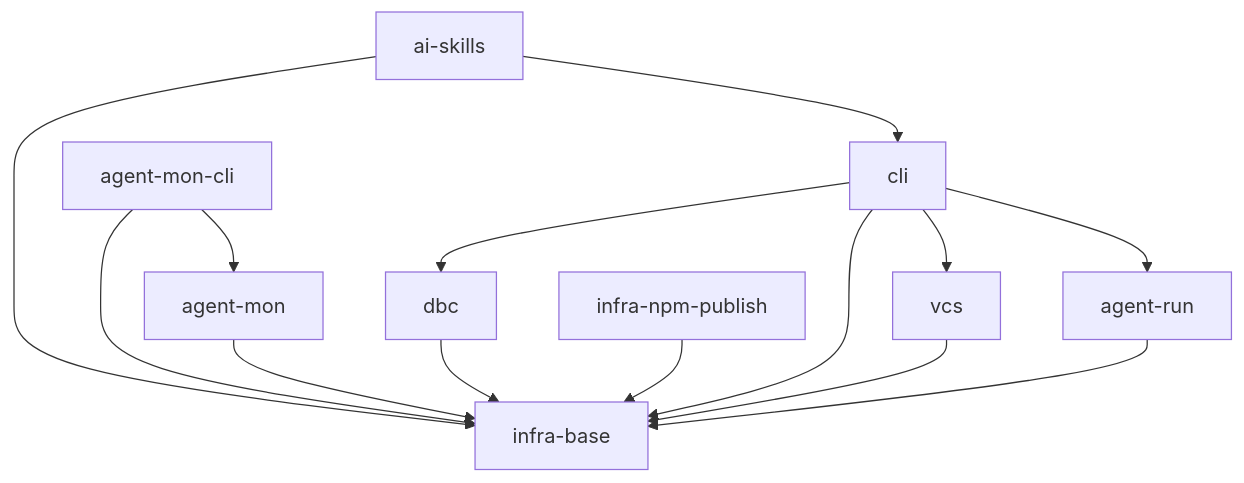
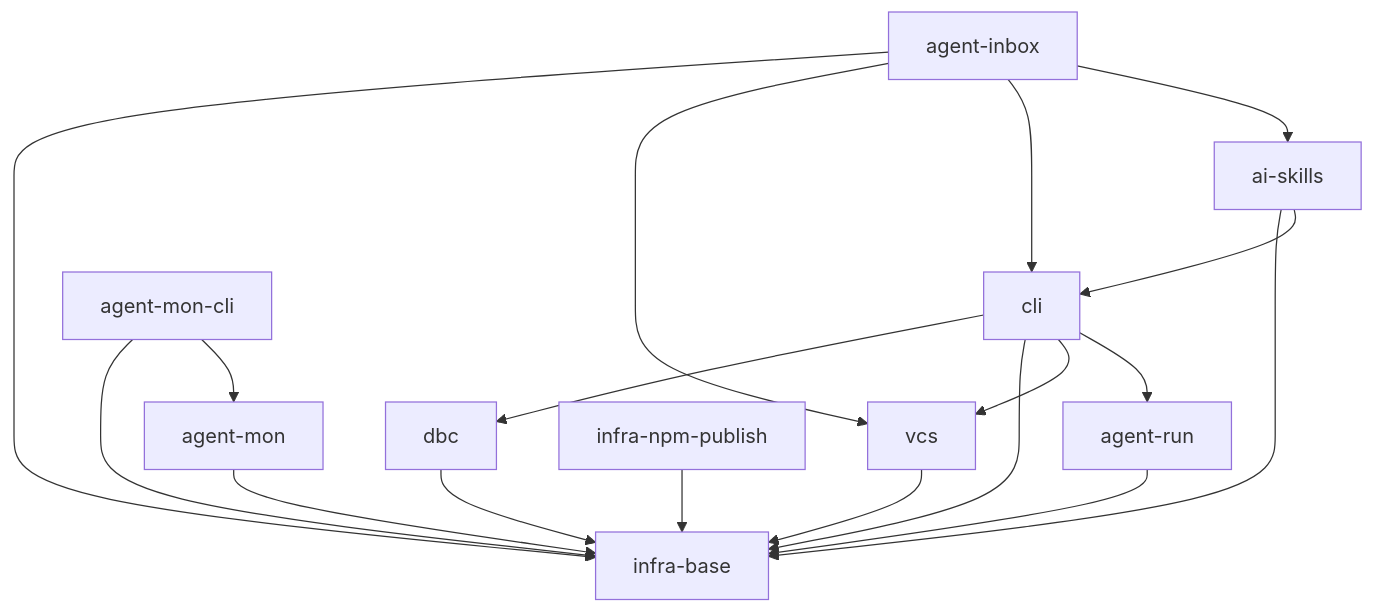
Before and after one commit to RubaXa/gennady: the diagram in specs/README.md, drawn with Mermaid. The commit also changed other lines of this file and 4 other files, not shown here.

First line of the commit message:
docs(specs): sync specs with agent-inbox feature

````diff
--- a/specs/README.md
+++ b/specs/README.md
@@ -9,16 +9,20 @@
 ```mermaid
 graph TD
     cli --> dbc
     cli --> infra-base
     cli --> vcs
     dbc --> infra-base
     vcs --> infra-base
     agent-mon --> infra-base
     agent-mon-cli --> infra-base
     agent-mon-cli --> agent-mon
     agent-run --> infra-base
     cli --> agent-run
     ai-skills --> infra-base
     ai-skills --> cli
     infra-npm-publish --> infra-base
+    agent-inbox --> infra-base
+    agent-inbox --> vcs
+    agent-inbox --> cli
+    agent-inbox --> ai-skills
 ```
````
